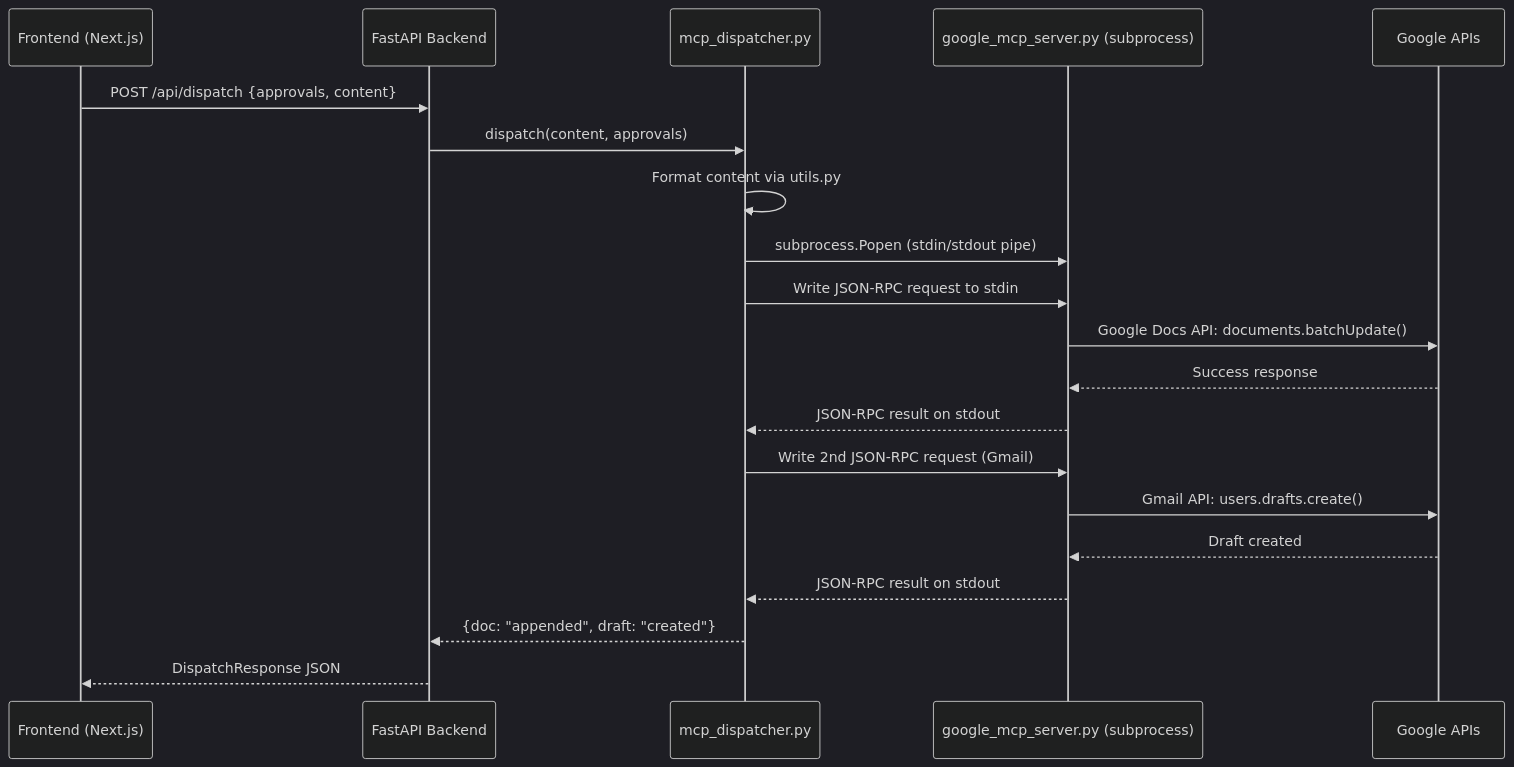
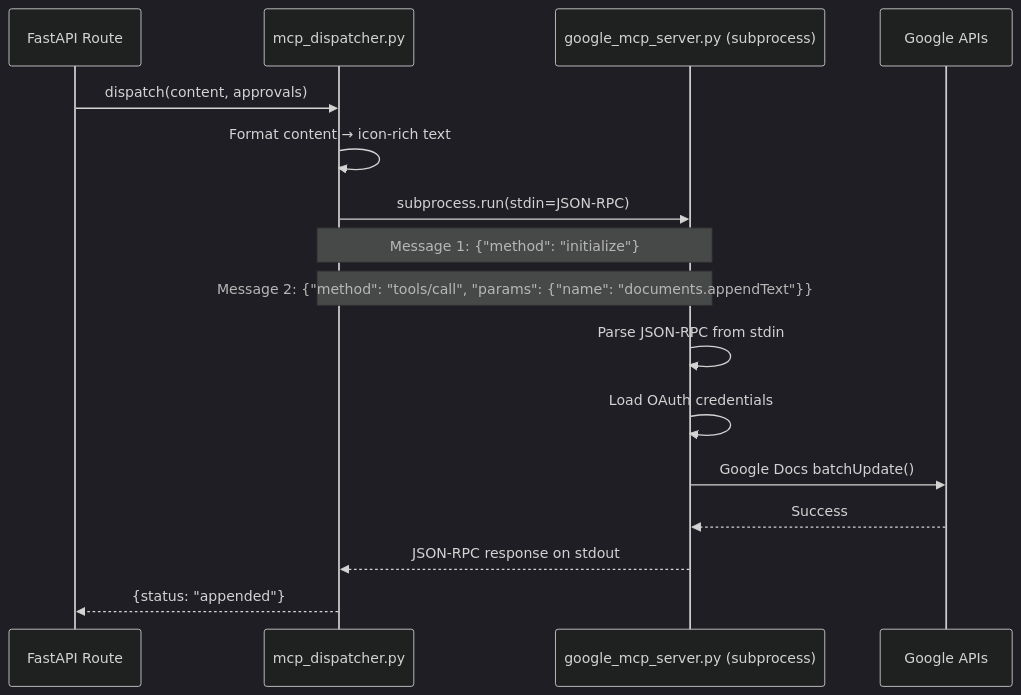
The tenth of 11 diagrams in architecture.md (swayam-kr/M2_MCP_AI_Automation), drawn with Mermaid (dark theme) before and after one commit. The commit also changed other lines of this file and 1 other file, not shown here.

Commit message:
Docs: rewrite architecture.md as portfolio playbook + create API_DOCS.md with endpoint specs, MCP protocol, and LLM internals

````diff
--- a/architecture.md
+++ b/architecture.md
@@ -956,23 +538,19 @@
 ```mermaid
 sequenceDiagram
-    participant FE as Frontend (Next.js)
-    participant API as FastAPI Backend
+    participant API as FastAPI Route
     participant DISP as mcp_dispatcher.py
     participant PROC as google_mcp_server.py (subprocess)
     participant GAPI as Google APIs
 
-    FE->>API: POST /api/dispatch {approvals, content}
     API->>DISP: dispatch(content, approvals)
-    DISP->>DISP: Format content via utils.py
-    DISP->>PROC: subprocess.Popen (stdin/stdout pipe)
-    DISP->>PROC: Write JSON-RPC request to stdin
-    PROC->>GAPI: Google Docs API: documents.batchUpdate()
-    GAPI-->>PROC: Success response
-    PROC-->>DISP: JSON-RPC result on stdout
-    DISP->>PROC: Write 2nd JSON-RPC request (Gmail)
-    PROC->>GAPI: Gmail API: users.drafts.create()
-    GAPI-->>PROC: Draft created
-    PROC-->>DISP: JSON-RPC result on stdout
-    DISP-->>API: {doc: "appended", draft: "created"}
-    API-->>FE: DispatchResponse JSON
+    DISP->>DISP: Format content → icon-rich text
+    DISP->>PROC: subprocess.run(stdin=JSON-RPC)
+    Note over DISP,PROC: Message 1: {"method": "initialize"}
+    Note over DISP,PROC: Message 2: {"method": "tools/call", "params": {"name": "documents.appendText"}}
+    PROC->>PROC: Parse JSON-RPC from stdin
+    PROC->>PROC: Load OAuth credentials
+    PROC->>GAPI: Google Docs batchUpdate()
+    GAPI-->>PROC: Success
+    PROC-->>DISP: JSON-RPC response on stdout
+    DISP-->>API: {status: "appended"}
 ```
````
